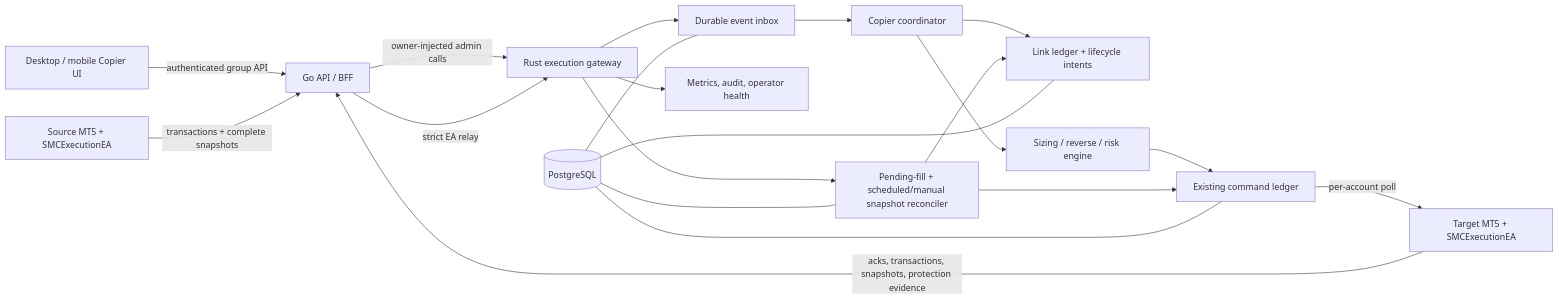
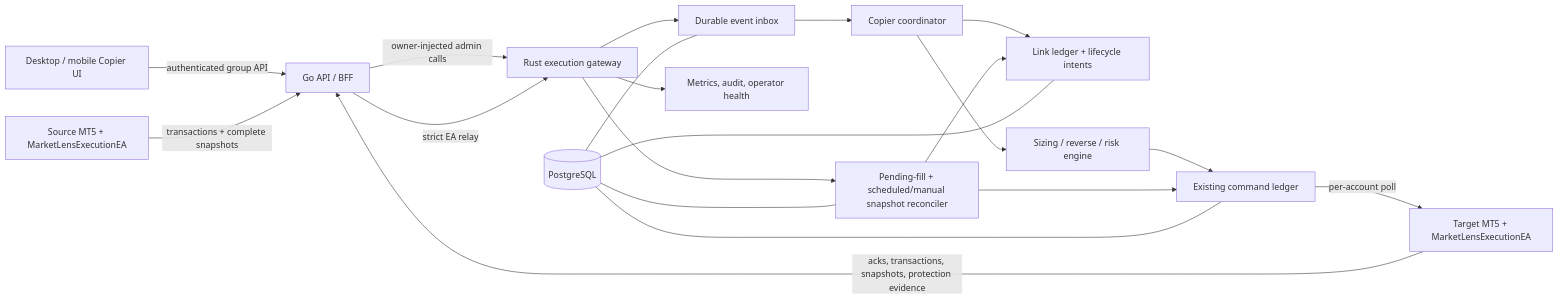
The first of 3 diagrams in docs/MT5_TRADE_COPIER_PLAN.md (DEVfancybear/MarketLens), drawn with Mermaid before and after one commit. The commit also changed other lines of this file and 104 other files, not shown here.

Commit message:
rebrand: rename SMC Trading Terminal to MarketLens

````diff
--- a/docs/MT5_TRADE_COPIER_PLAN.md
+++ b/docs/MT5_TRADE_COPIER_PLAN.md
@@ -258,22 +258,22 @@
 ```mermaid
 flowchart LR
     U["Desktop / mobile Copier UI"] -->|"authenticated group API"| G["Go API / BFF"]
     G -->|"owner-injected admin calls"| R["Rust execution gateway"]
-    S["Source MT5 + SMCExecutionEA"] -->|"transactions + complete snapshots"| G
+    S["Source MT5 + MarketLensExecutionEA"] -->|"transactions + complete snapshots"| G
     G -->|"strict EA relay"| R
     R --> I["Durable event inbox"]
     I --> O["Copier coordinator"]
     O --> L["Link ledger + lifecycle intents"]
     O --> E["Sizing / reverse / risk engine"]
     E --> C["Existing command ledger"]
-    C -->|"per-account poll"| T["Target MT5 + SMCExecutionEA"]
+    C -->|"per-account poll"| T["Target MT5 + MarketLensExecutionEA"]
     T -->|"acks, transactions, snapshots, protection evidence"| G
     R --> Q["Pending-fill + scheduled/manual snapshot reconciler"]
     Q --> L
     Q --> C
     P[("PostgreSQL")] --- I
     P --- L
     P --- C
     P --- Q
     R --> M["Metrics, audit, operator health"]
 ```
````
